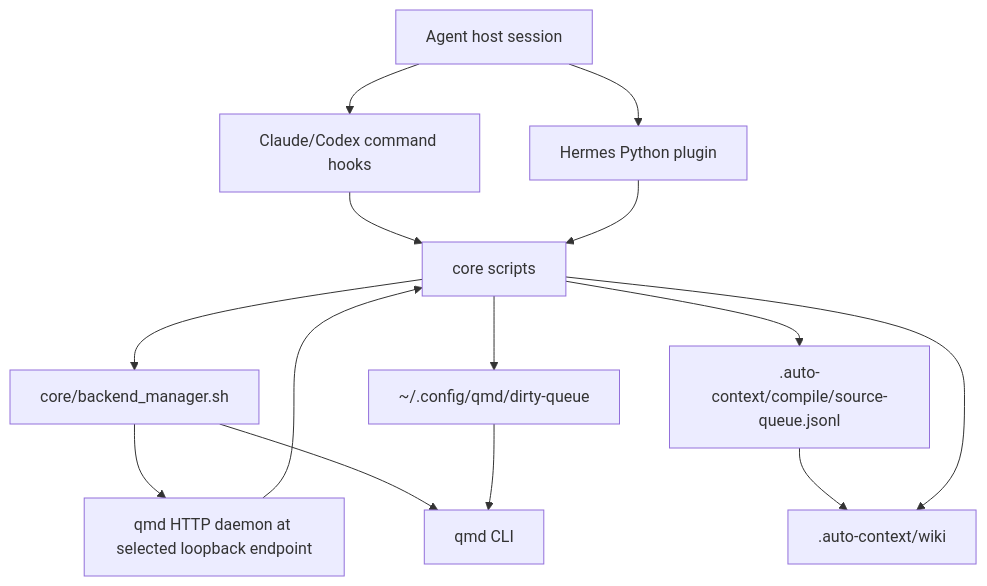
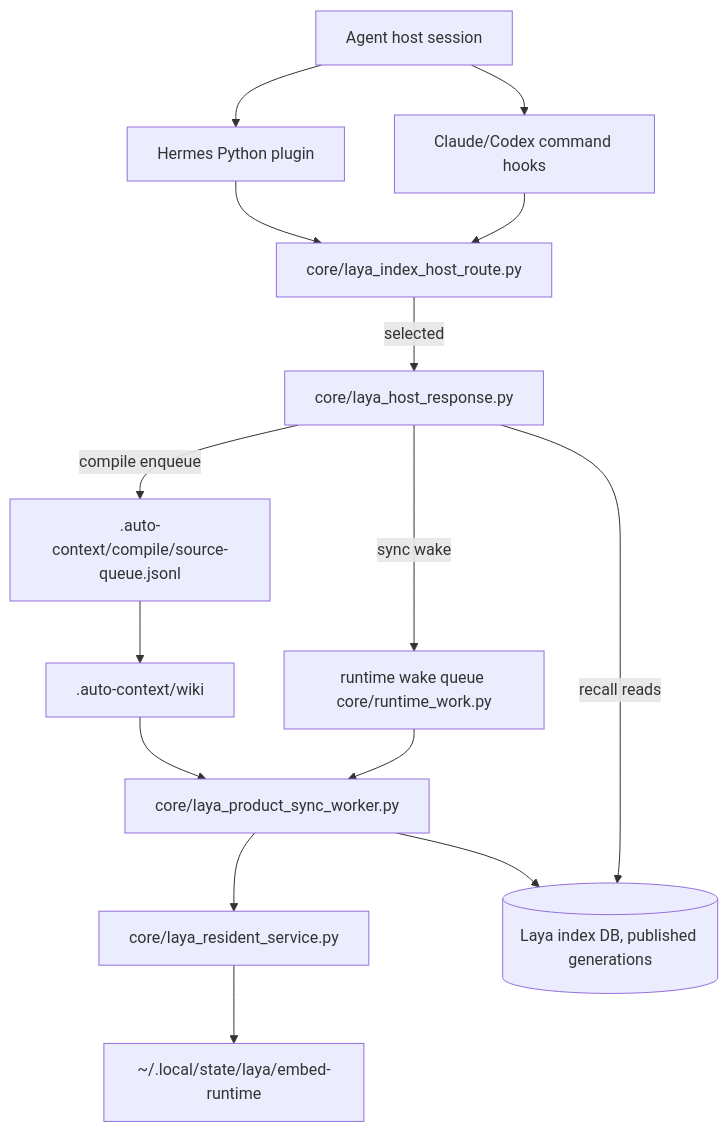
Before and after one commit to zbdulee/memvane: the diagram in docs/architecture.md, drawn with Mermaid. The commit also changed other lines of this file and 15 other files, not shown here.

First line of the commit message:
docs: Laya 전용 상태로 문서 정리, 런타임 공급·QMD 정리 명령 추가

````diff
--- a/docs/architecture.md
+++ b/docs/architecture.md
@@ -81,27 +82,30 @@
 ```mermaid
 flowchart TD
     User[Agent host session]
     Claude[Claude/Codex command hooks]
     Hermes[Hermes Python plugin]
-    Core[core scripts]
-    Manager[core/backend_manager.sh]
-    Daemon[qmd HTTP daemon at selected loopback endpoint]
-    QmdCLI[qmd CLI]
-    Dirty[~/.config/qmd/dirty-queue]
+    Route[core/laya_index_host_route.py]
+    Resp[core/laya_host_response.py]
+    Wakes[runtime wake queue core/runtime_work.py]
+    Sync[core/laya_product_sync_worker.py]
+    Resident[core/laya_resident_service.py]
+    Embed[~/.local/state/laya/embed-runtime]
+    Index[(Laya index DB, published generations)]
     CompileQ[.auto-context/compile/source-queue.jsonl]
     Wiki[.auto-context/wiki]
 
     User --> Claude
     User --> Hermes
-    Claude --> Core
-    Hermes --> Core
-    Core --> Manager
-    Manager --> Daemon
-    Manager --> QmdCLI
-    Core --> Dirty
-    Dirty --> QmdCLI
-    Core --> CompileQ
+    Claude --> Route
+    Hermes --> Route
+    Route -->|selected| Resp
+    Resp -->|recall reads| Index
+    Resp -->|sync wake| Wakes
+    Resp -->|compile enqueue| CompileQ
+    Wakes --> Sync
+    Sync --> Resident
+    Resident --> Embed
+    Sync --> Index
     CompileQ --> Wiki
-    Core --> Wiki
-    Daemon --> Core
+    Wiki --> Sync
 ```
````
